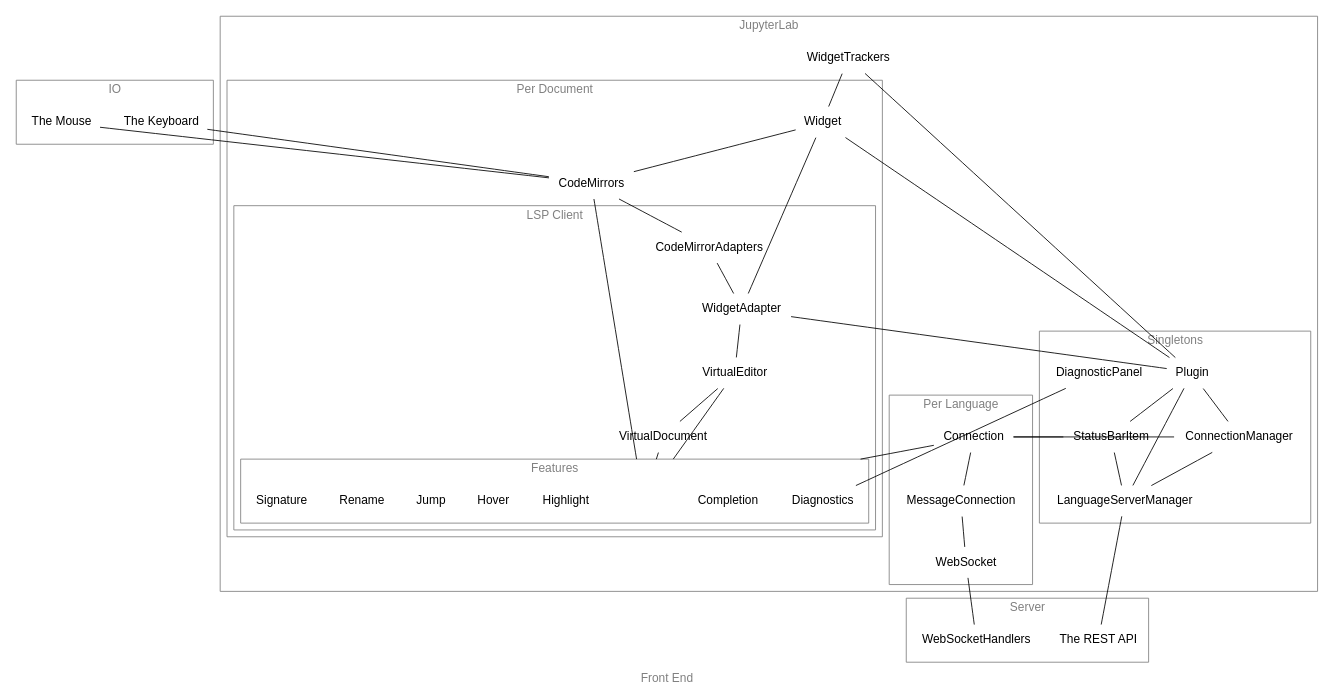
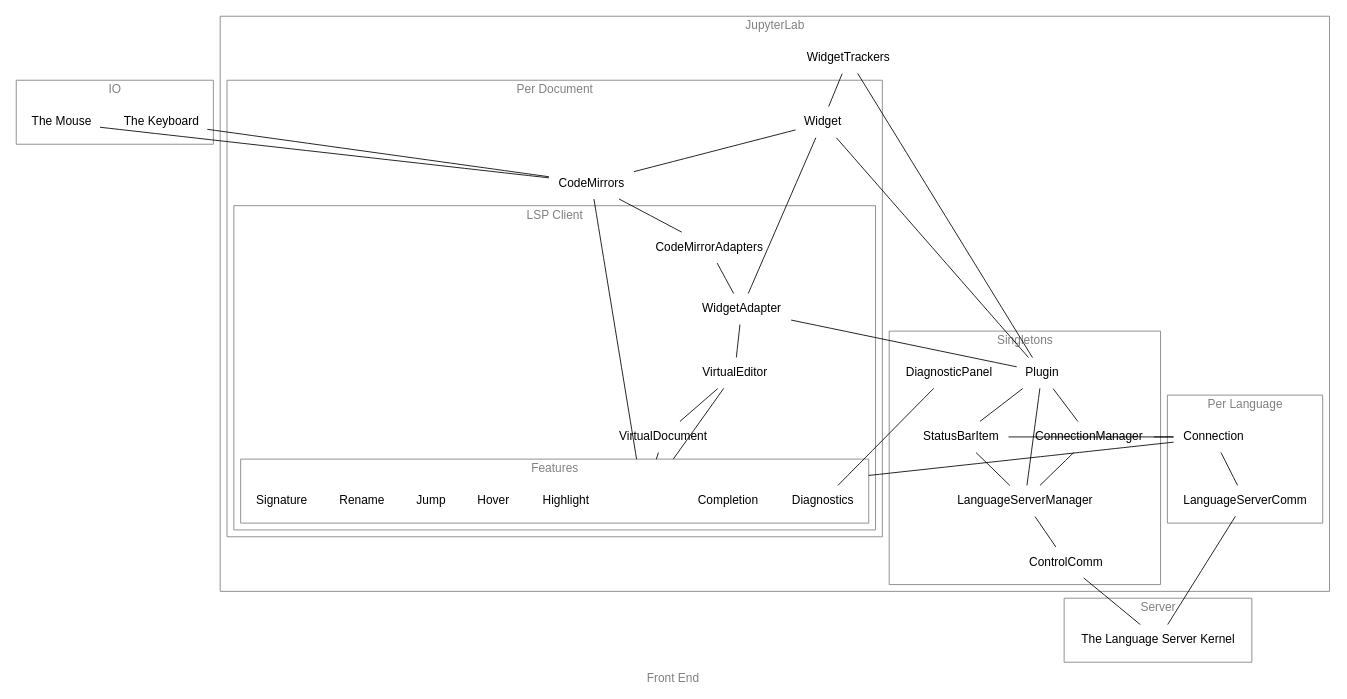
Before and after one commit to jupyter-lsp/jupyterlab-lsp: the diagram in docs/dot/as-is/frontend.dot, drawn with Graphviz. The commit also changed 1 other file, not shown here.

```diff
--- a/docs/dot/as-is/frontend.dot
+++ b/docs/dot/as-is/frontend.dot
@@ -1,67 +1,66 @@
 graph backend {
     label="Front End"
     splines="line"
     compound=true
     fontname="sans-serif" fontcolor=grey
     node[shape=none fontname="sans-serif"]
     edge[fontname="sans-serif"]
     graph[fontcolor=grey color=grey]
 
     subgraph cluster_io { label="IO"
         Keyboard[label="The Keyboard"]
         Mouse[label="The Mouse"]
     }
     subgraph cluster_server { label="Server"
-        RestAPI[label="The REST API"]
-        WebSocketHandlers
+        LanguageServerKernel[label="The Language Server Kernel"]
     }
     subgraph cluster_lab { label="JupyterLab"
         subgraph cluster_singletons { label="Singletons"
             Plugin
             StatusBarItem
             DiagnosticPanel
             ConnectionManager
             LanguageServerManager
+            ControlComm
         }
         WidgetTrackers
-        
+
         subgraph cluster_lang {label="Per Language"
             Connection
-            MessageConnection
-            WebSocket
+            LanguageServerComm
         }
         subgraph cluster_doc { label="Per Document"
             Widget
             CodeMirrors
             subgraph cluster_doc_lsp { label="LSP Client"
                 WidgetAdapter
                 VirtualEditor
                 VirtualDocument
                 CodeMirrorAdapters
                 subgraph cluster_features { label="Features"
                     Feature[style=invisible]
                     Completion
                     Diagnostics
                     Highlight
                     Hover
                     Jump
                     Rename
                     Signature
                 }
             }
         }
     }
-    
+
     {Connection CodeMirrors VirtualDocument VirtualEditor} -- Feature[lhead=cluster_features];
     Diagnostics -- DiagnosticPanel
-    Connection -- ConnectionManager -- LanguageServerManager -- RestAPI
+    Connection -- ConnectionManager -- LanguageServerManager -- ControlComm -- LanguageServerKernel
     CodeMirrors -- CodeMirrorAdapters -- WidgetAdapter
     WidgetAdapter -- VirtualEditor -- VirtualDocument
-    WidgetTrackers -- {Plugin -- Widget} 
+    WidgetTrackers -- {Plugin -- Widget}
     StatusBarItem -- Connection
     Widget -- WidgetAdapter -- Plugin -- StatusBarItem -- LanguageServerManager
     Widget -- CodeMirrors
     Plugin -- {ConnectionManager LanguageServerManager}
-    Connection -- MessageConnection -- WebSocket -- WebSocketHandlers
+    Connection -- LanguageServerComm -- LanguageServerKernel
     {Keyboard Mouse} -- CodeMirrors
 }
```
